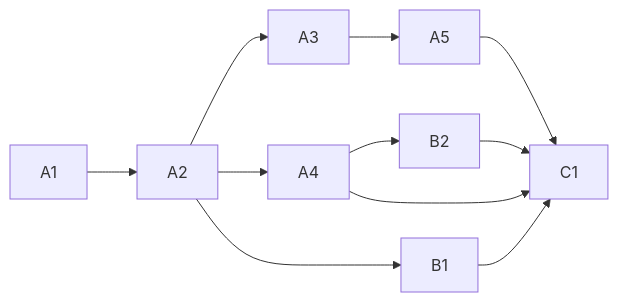
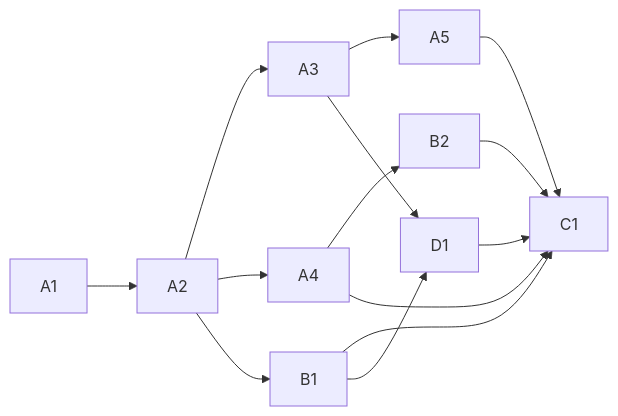
Before and after one commit to MadaraUchiha-314/the-loop: the diagram in docs/specs/issue-340/tasks.md, drawn with Mermaid. The commit also changed other lines of this file and 20 other files, not shown here.

````diff
--- a/docs/specs/issue-340/tasks.md
+++ b/docs/specs/issue-340/tasks.md
@@ -34,7 +37,9 @@
 ```mermaid
 flowchart LR
   A1 --> A2 --> A3 --> A5 --> C1
   A2 --> A4 --> B2 --> C1
   A2 --> B1 --> C1
+  A3 --> D1 --> C1
+  B1 --> D1
   A4 --> C1
 ```
````
